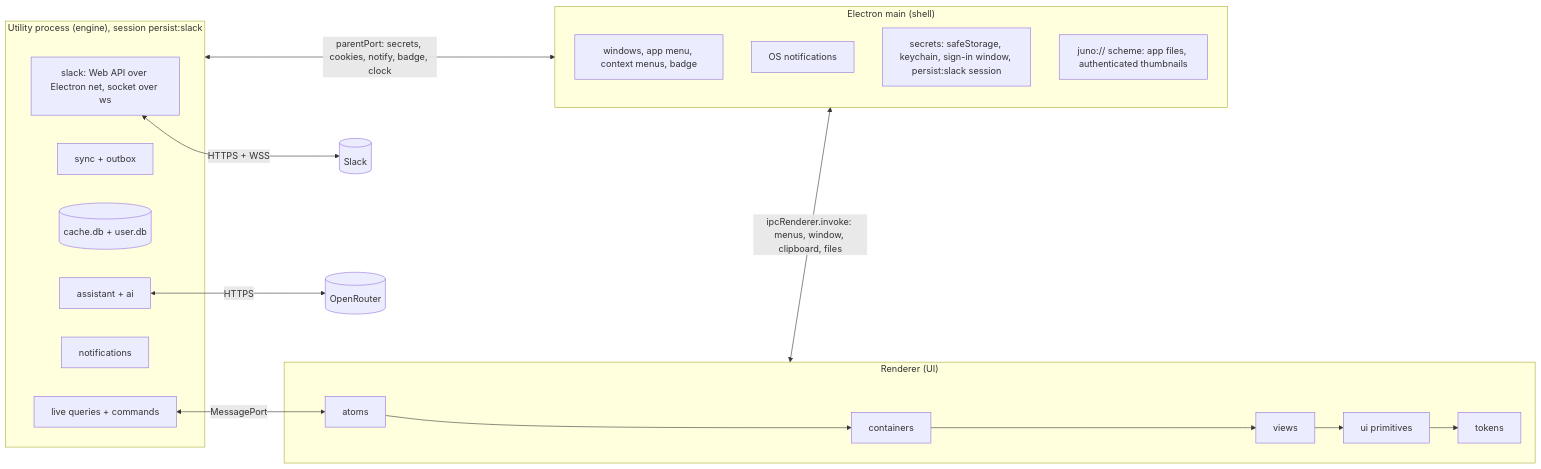
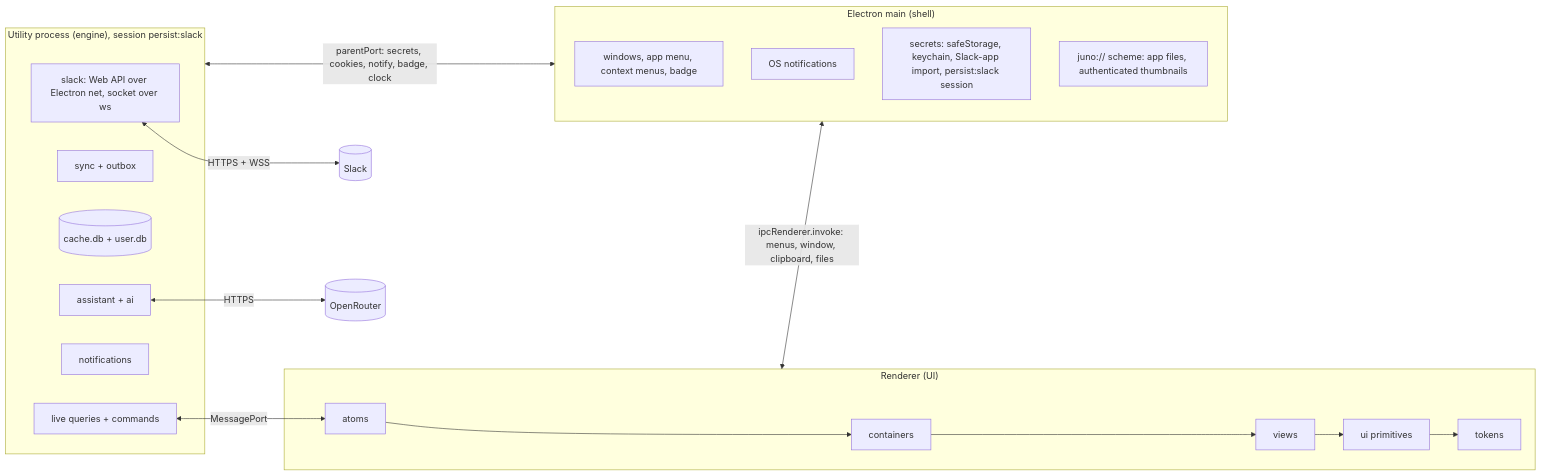
Before and after one commit to triptu/juno: the first of 2 diagrams in docs/architecture.md, drawn with Mermaid. The commit also changed other lines of this file and 13 other files, not shown here.

Commit message:
Document Slack session import as the single sign-in path

````diff
--- a/docs/architecture.md
+++ b/docs/architecture.md
@@ -11,25 +11,25 @@
 ```mermaid
 flowchart LR
   subgraph main["Electron main (shell)"]
     W[windows, app menu, context menus, badge]
     N[OS notifications]
-    S[secrets: safeStorage, keychain, sign-in window, persist:slack session]
+    S[secrets: safeStorage, keychain, Slack-app import, persist:slack session]
     F[juno:// scheme: app files, authenticated thumbnails]
   end
   subgraph engine["Utility process (engine), session persist:slack"]
     SL[slack: Web API over Electron net, socket over ws]
     SY[sync + outbox]
     ST[(cache.db + user.db)]
     AS[assistant + ai]
     NO[notifications]
     Q[live queries + commands]
   end
   subgraph renderer["Renderer (UI)"]
     A[atoms] --> C[containers] --> V[views] --> U[ui primitives] --> T[tokens]
   end
   SL <-->|HTTPS + WSS| Slack[(Slack)]
   AS <-->|HTTPS| OR[(OpenRouter)]
   Q <-->|MessagePort| A
   engine <-->|parentPort: secrets, cookies, notify, badge, clock| main
   renderer <-->|ipcRenderer.invoke: menus, window, clipboard, files| main
 ```
````
